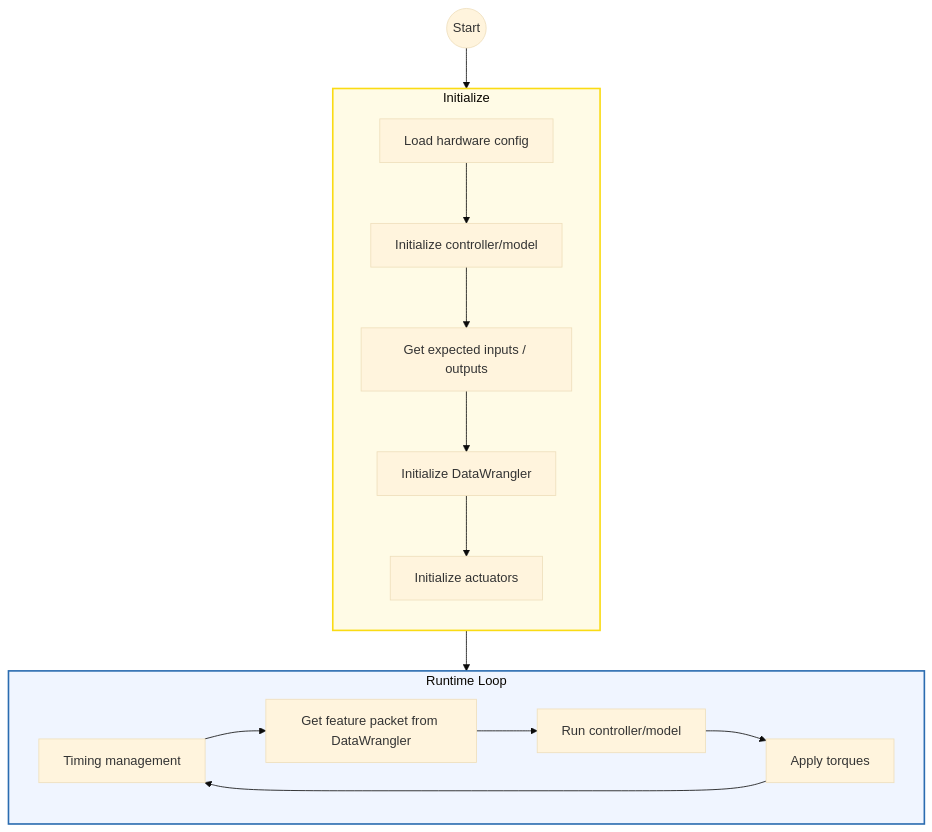
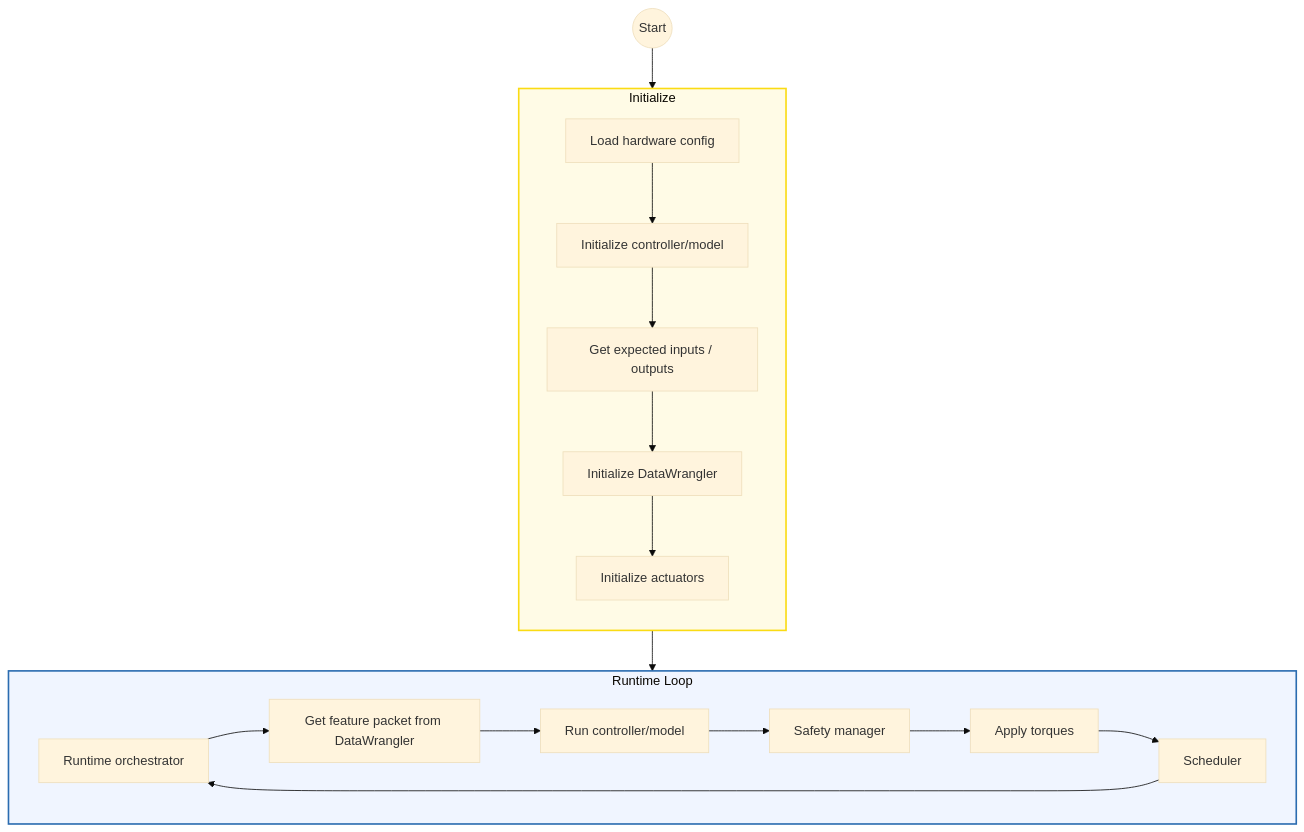
Before and after one commit to jmontp/raspberry-pi-controller-runtime: the first of 6 diagrams in docs/architecture.md, drawn with Mermaid (base theme). The commit also changed other lines of this file and 10 other files, not shown here.

````diff
--- a/docs/architecture.md
+++ b/docs/architecture.md
@@ -57,22 +57,24 @@
 ```mermaid
 flowchart TD
     start((Start)) --> I0[Load hardware config]
     subgraph Init [Initialize]
         direction TB
         I0 --> I1[Initialize controller/model]
         I1 --> I2[Get expected inputs / outputs]
         I2 --> I3[Initialize DataWrangler]
         I3 --> I4[Initialize actuators]
     end
     style Init fill:#fffbe6,stroke:#fadb14,stroke-width:2px
 
     subgraph RuntimeLoop [Runtime Loop]
         direction LR
-        T[Timing management] --> R1[Get feature packet from DataWrangler]
+        R0[Runtime orchestrator] --> R1[Get feature packet from DataWrangler]
         R1 --> R2[Run controller/model]
-        R2 --> R3[Apply torques]
-        R3 --> T
+        R2 --> R3[Safety manager]
+        R3 --> R4[Apply torques]
+        R4 --> T[Scheduler]
+        T --> R0
     end
-    I4 --> T
+    I4 --> R0
     style RuntimeLoop fill:#f0f5ff,stroke:#2b6cb0,stroke-width:2px
 ```
````
